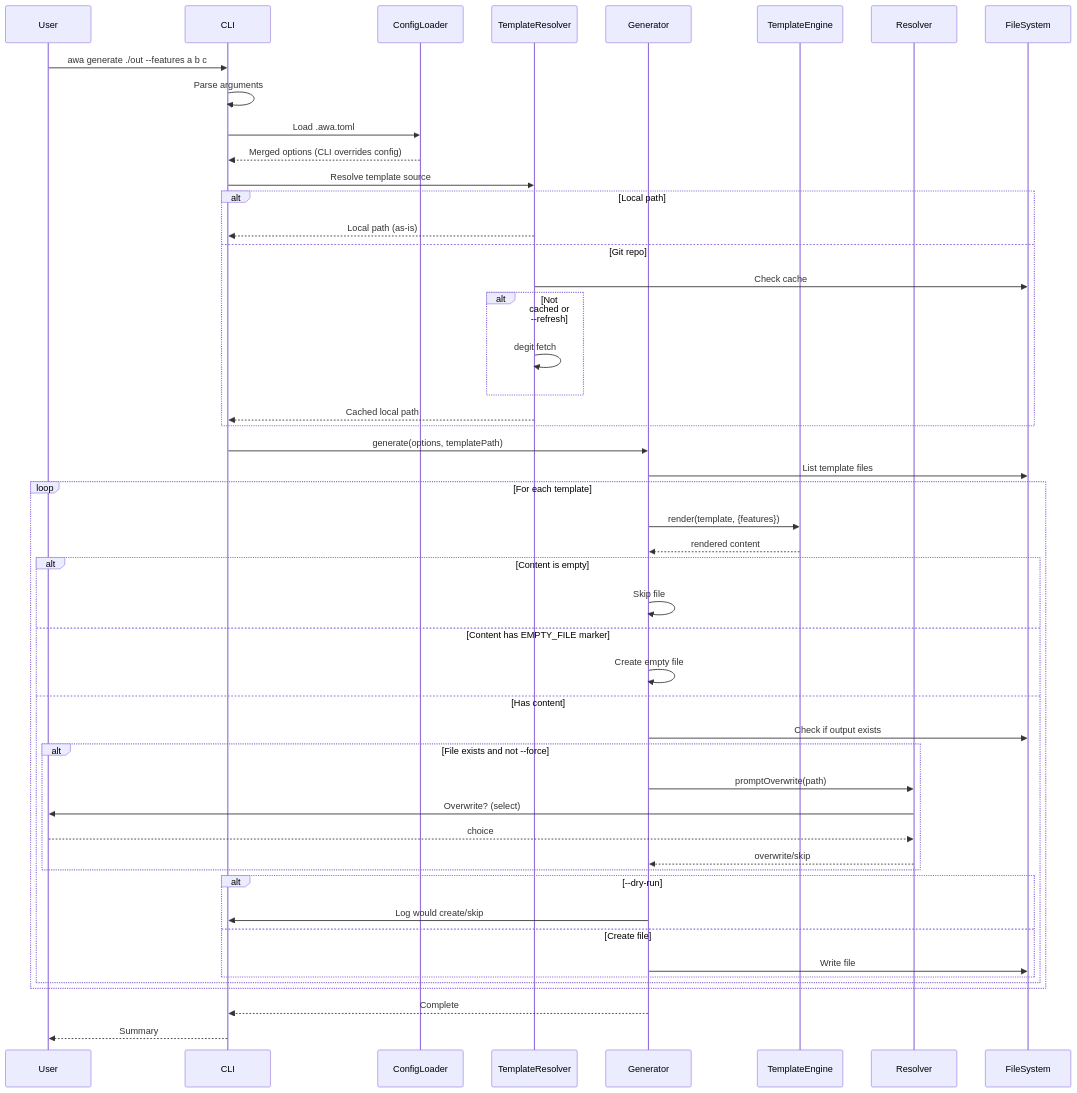
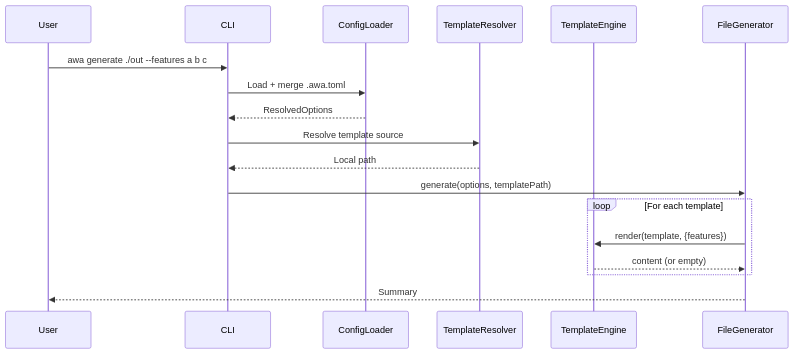
One commit to ncoderz/awa changed the second of 3 diagrams in .awa/specs/ARCHITECTURE.md. Above: the diagram before and after it, drawn with Mermaid. The commit also changed other lines of this file and 9 other files, not shown here.

````diff
--- a/.awa/specs/ARCHITECTURE.md
+++ b/.awa/specs/ARCHITECTURE.md
@@ -361,55 +361,21 @@
 ```mermaid
 sequenceDiagram
     participant User
     participant CLI
-    participant ConfigLoader
-    participant TemplateResolver
-    participant Generator
-    participant TemplateEngine
-    participant Resolver
-    participant FileSystem
+    participant Config as ConfigLoader
+    participant Resolver as TemplateResolver
+    participant Engine as TemplateEngine
+    participant Gen as FileGenerator
 
     User->>CLI: awa generate ./out --features a b c
-    CLI->>CLI: Parse arguments
-    CLI->>ConfigLoader: Load .awa.toml
-    ConfigLoader-->>CLI: Merged options (CLI overrides config)
-    CLI->>TemplateResolver: Resolve template source
-    alt Local path
-        TemplateResolver-->>CLI: Local path (as-is)
-    else Git repo
-        TemplateResolver->>FileSystem: Check cache
-        alt Not cached or --refresh
-            TemplateResolver->>TemplateResolver: degit fetch
-        end
-        TemplateResolver-->>CLI: Cached local path
+    CLI->>Config: Load + merge .awa.toml
+    Config-->>CLI: ResolvedOptions
+    CLI->>Resolver: Resolve template source
+    Resolver-->>CLI: Local path
+    CLI->>Gen: generate(options, templatePath)
+    loop For each template
+        Gen->>Engine: render(template, {features})
+        Engine-->>Gen: content (or empty)
     end
-    CLI->>Generator: generate(options, templatePath)
-    Generator->>FileSystem: List template files
-
-    loop For each template
-        Generator->>TemplateEngine: render(template, {features})
-        TemplateEngine-->>Generator: rendered content
-
-        alt Content is empty
-            Generator->>Generator: Skip file
-        else Content has EMPTY_FILE marker
-            Generator->>Generator: Create empty file
-        else Has content
-            Generator->>FileSystem: Check if output exists
-            alt File exists and not --force
-                Generator->>Resolver: promptOverwrite(path)
-                Resolver->>User: Overwrite? (select)
-                User-->>Resolver: choice
-                Resolver-->>Generator: overwrite/skip
-            end
-            alt --dry-run
-                Generator->>CLI: Log would create/skip
-            else Create file
-                Generator->>FileSystem: Write file
-            end
-        end
-    end
-
-    Generator-->>CLI: Complete
-    CLI-->>User: Summary
+    Gen-->>User: Summary
 ```
````
